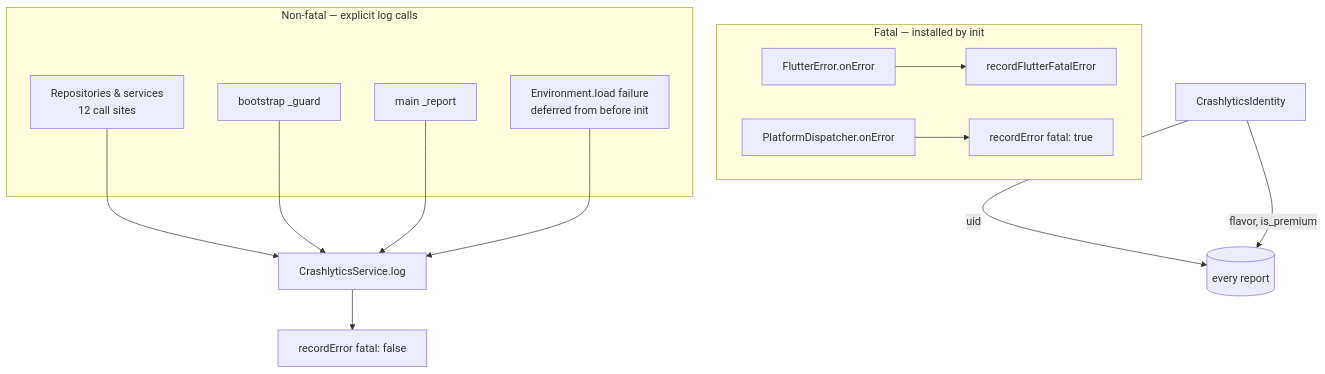
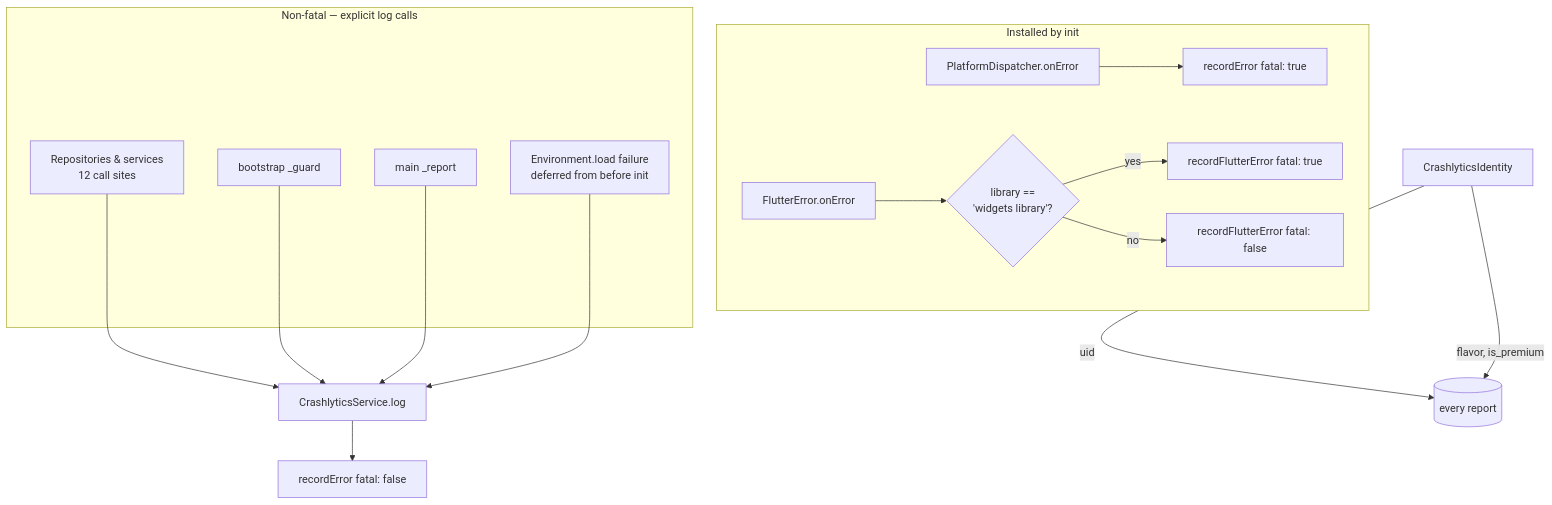
One commit to lucas-242/kazi changed the diagram in packages/kazi/lib/core/services/data/crashlytics/README.md. Above: the diagram before and after it, drawn with Mermaid. The commit also changed other lines of this file and 2 other files, not shown here.

Commit message:
fix: Firebase error catcher changed to report non faltal

````diff
--- a/packages/kazi/lib/core/services/data/crashlytics/README.md
+++ b/packages/kazi/lib/core/services/data/crashlytics/README.md
@@ -18,23 +18,25 @@
 ```mermaid
 flowchart TD
-    subgraph fatal[Fatal — installed by init]
-        FE[FlutterError.onError] --> RFE[recordFlutterFatalError]
+    subgraph installed[Installed by init]
         PD[PlatformDispatcher.onError] --> RE1[recordError fatal: true]
+        FE[FlutterError.onError] --> LIB{library ==<br/>'widgets library'?}
+        LIB -->|yes| RFE1[recordFlutterError fatal: true]
+        LIB -->|no| RFE2[recordFlutterError fatal: false]
     end
 
     subgraph handled[Non-fatal — explicit log calls]
         REPO[Repositories & services<br/>12 call sites]
         GUARD[bootstrap _guard]
         REPORT[main _report]
         ENV[Environment.load failure<br/>deferred from before init]
     end
 
     REPO --> LOG[CrashlyticsService.log]
     GUARD --> LOG
     REPORT --> LOG
     ENV --> LOG
     LOG --> RE2[recordError fatal: false]
 
     ID[CrashlyticsIdentity] -->|uid| STAMP[(every report)]
     ID -->|flavor, is_premium| STAMP
 ```
````
